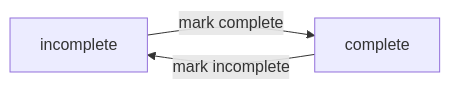
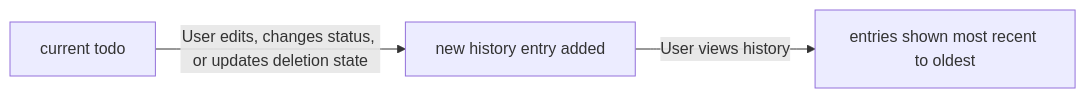
The fourth of 4 diagrams in openai/gpt-5.4-nano/todo/docs/analysis/02-domain-model.md (wrtnlabs/autobe-examples), drawn with Mermaid before and after one commit. The commit also changed other lines of this file and 457 other files, not shown here.

````diff
--- a/openai/gpt-5.4-nano/todo/docs/analysis/02-domain-model.md
+++ b/openai/gpt-5.4-nano/todo/docs/analysis/02-domain-model.md
@@ -428,5 +553,5 @@
 ```mermaid
 flowchart LR
-    A["incomplete"] -->|"mark complete"| B["complete"]
-    B -->|"mark incomplete"| A["incomplete"]
+    A["current todo"] -->|"User edits, changes status, or updates deletion state"| B["new history entry added"]
+    B -->|"User views history"| C["entries shown most recent to oldest"]
 ```
````
